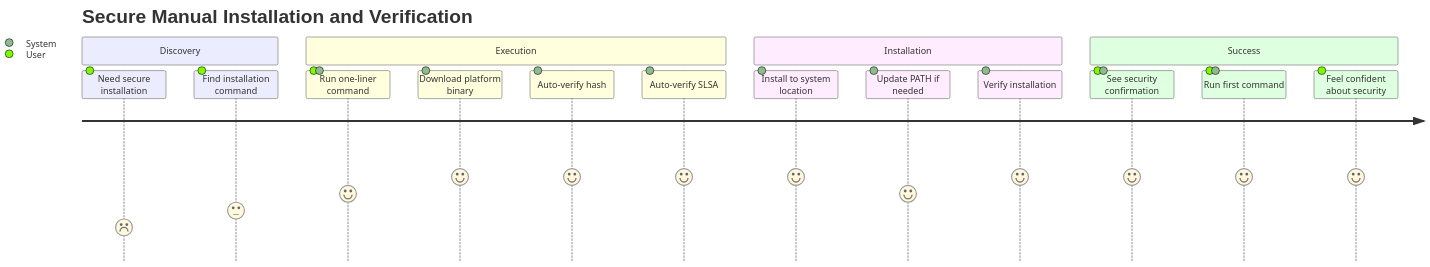
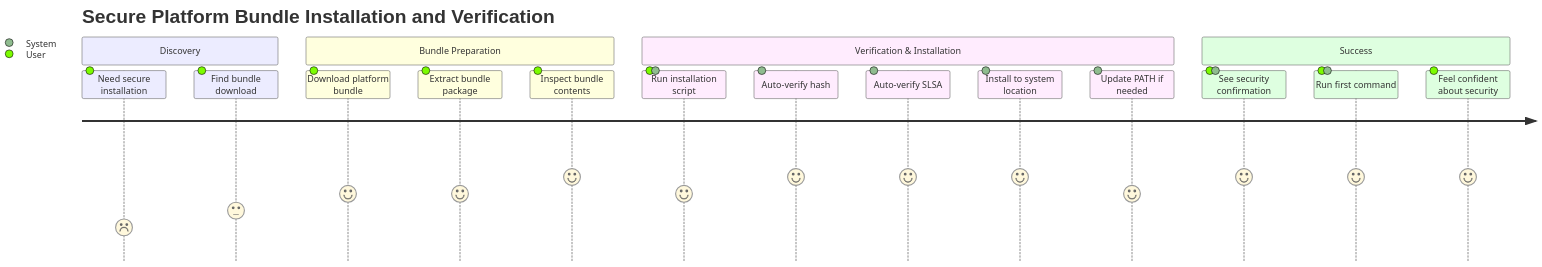
Before and after one commit to kamiazya/scopes: the diagram in docs/explanation/user-stories/0007-secure-manual-installation.md, drawn with Mermaid. The commit also changed other lines of this file and 13 other files, not shown here.

````diff
--- a/docs/explanation/user-stories/0007-secure-manual-installation.md
+++ b/docs/explanation/user-stories/0007-secure-manual-installation.md
@@ -124,23 +125,24 @@
 ```mermaid
 ---
 title: Secure Installation User Journey
 ---
 journey
-        title Secure Manual Installation and Verification
+        title Secure Platform Bundle Installation and Verification
         section Discovery
           Need secure installation  : 2: User
-          Find installation command  : 3: User
-        section Execution
-          Run one-liner command      : 4: User, System
-          Download platform binary   : 5: System
+          Find bundle download      : 3: User
+        section Bundle Preparation
+          Download platform bundle   : 4: User
+          Extract bundle package     : 4: User
+          Inspect bundle contents    : 5: User
+        section Verification & Installation
+          Run installation script    : 4: User, System
           Auto-verify hash          : 5: System
           Auto-verify SLSA          : 5: System
-        section Installation
           Install to system location : 5: System
           Update PATH if needed      : 4: System
-          Verify installation       : 5: System
         section Success
           See security confirmation  : 5: User, System
           Run first command         : 5: User, System
           Feel confident about security : 5: User
 ```
````
